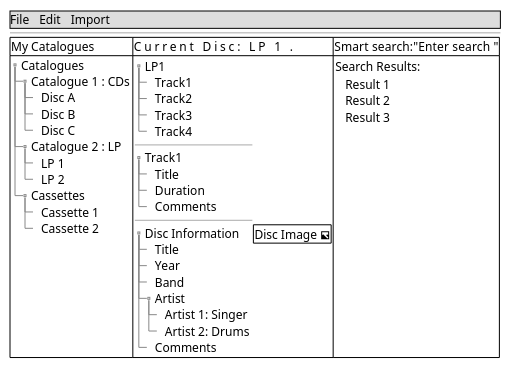
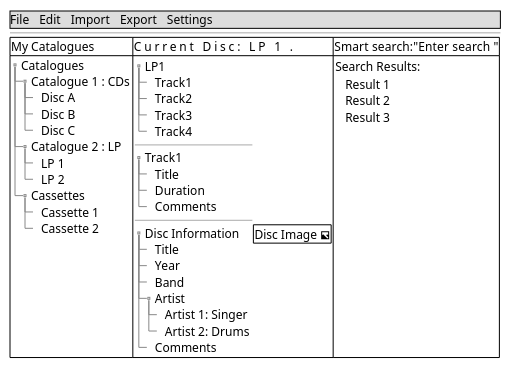
Before and after one commit to AxoKoi/BandurriaJ: the diagram in doc/design/Gui/Gui.puml, drawn with PlantUML.

Commit message:
Add export to gui

```diff
--- a/doc/design/Gui/Gui.puml
+++ b/doc/design/Gui/Gui.puml
@@ -1,58 +1,58 @@
 @startuml
 salt
 {
-    {* File | Edit | Import}
+    {* File | Edit | Import | Export | Settings }
     --
     {#
     My Catalogues | Current Disc: LP 1                  .| Smart search:"Enter search  "
         {T
          + Catalogues
           ++ Catalogue 1 : CDs
            +++ Disc A
            +++ Disc B
            +++ Disc C
           ++ Catalogue 2 : LP
            +++ LP 1
            +++ LP 2
           ++ Cassettes
            +++ Cassette 1
            +++ Cassette 2
         } | {
               {T
                 + LP1
                 ++ Track1
                 ++ Track2
                 ++ Track3
                 ++ Track4
               }
              --
              {T
                +Track1
                 ++ Title
                 ++ Duration
                 ++ Comments
              }
              --
              {T
                +Disc Information
                 ++ Title
                 ++ Year
                 ++ Band
                 ++ Artist
                  +++ Artist 1: Singer
                  +++ Artist 2: Drums
                 ++ Comments
              } | {# Disc Image <&image> }
 
 
            } | { Search Results:
               {T
                 + Result 1
                 + Result 2
                 + Result 3
               }
              }
     }
 
 }
 @enduml
```
